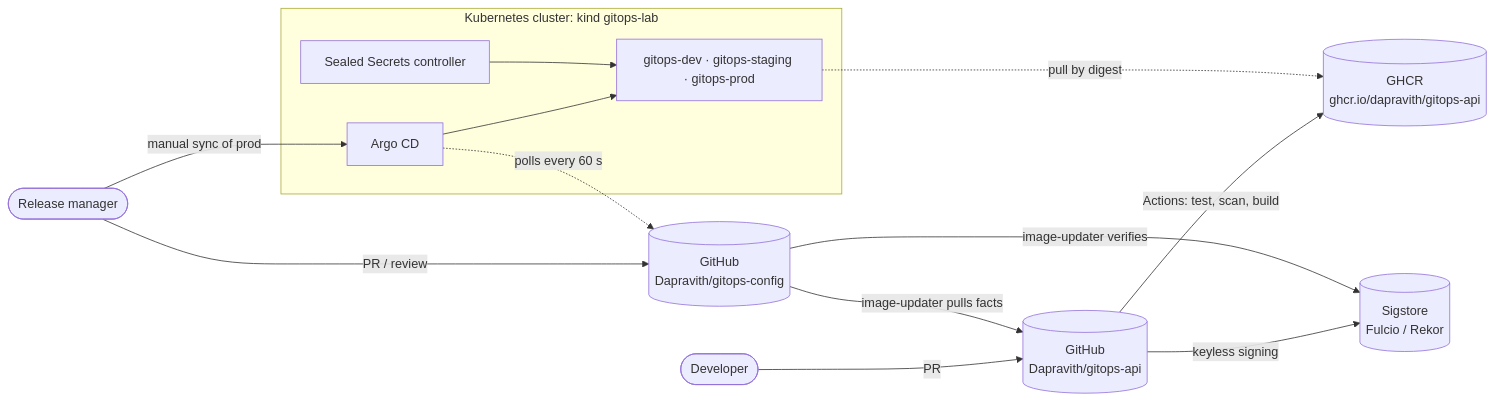
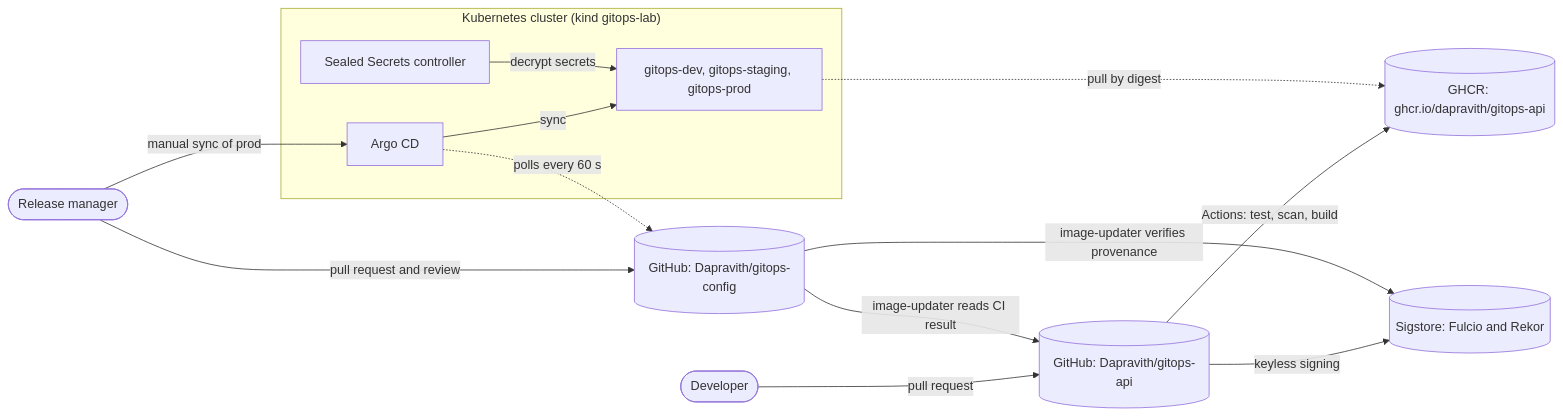
Before and after one commit to Dapravith/GitOps-Multi-Deployment: the first of 2 diagrams in docs/design/HLD.md, drawn with Mermaid. The commit also changed 3 other files, not shown here.

Commit message:
chore: fix a mermaid diagram

````diff
--- a/docs/design/HLD.md
+++ b/docs/design/HLD.md
@@ -49,16 +49,26 @@
 ```mermaid
 flowchart LR
-  dev([Developer]) -- PR --> api[(GitHub<br/>Dapravith/gitops-api)]
-  rel([Release manager]) -- PR / review --> cfg[(GitHub<br/>Dapravith/gitops-config)]
-  rel -- manual sync of prod --> argo
-  api -- Actions: test, scan, build --> ghcr[(GHCR<br/>ghcr.io/dapravith/gitops-api)]
-  api -- keyless signing --> sig[(Sigstore<br/>Fulcio / Rekor)]
-  cfg -- image-updater pulls facts --> api
-  cfg -- image-updater verifies --> sig
-  subgraph cluster [Kubernetes cluster: kind gitops-lab]
-    argo[Argo CD] --> envs[gitops-dev · gitops-staging · gitops-prod]
-    ss[Sealed Secrets controller] --> envs
+  dev(["Developer"])
+  rel(["Release manager"])
+  api[("GitHub: Dapravith/gitops-api")]
+  cfg[("GitHub: Dapravith/gitops-config")]
+  ghcr[("GHCR: ghcr.io/dapravith/gitops-api")]
+  sig[("Sigstore: Fulcio and Rekor")]
+  subgraph cluster ["Kubernetes cluster (kind gitops-lab)"]
+    argo["Argo CD"]
+    ss["Sealed Secrets controller"]
+    envs["gitops-dev, gitops-staging, gitops-prod"]
   end
-  argo -. polls every 60 s .-> cfg
-  envs -. pull by digest .-> ghcr
+
+  dev -->|"pull request"| api
+  rel -->|"pull request and review"| cfg
+  rel -->|"manual sync of prod"| argo
+  api -->|"Actions: test, scan, build"| ghcr
+  api -->|"keyless signing"| sig
+  cfg -->|"image-updater reads CI result"| api
+  cfg -->|"image-updater verifies provenance"| sig
+  argo -->|"sync"| envs
+  ss -->|"decrypt secrets"| envs
+  argo -.->|"polls every 60 s"| cfg
+  envs -.->|"pull by digest"| ghcr
 ```
````
